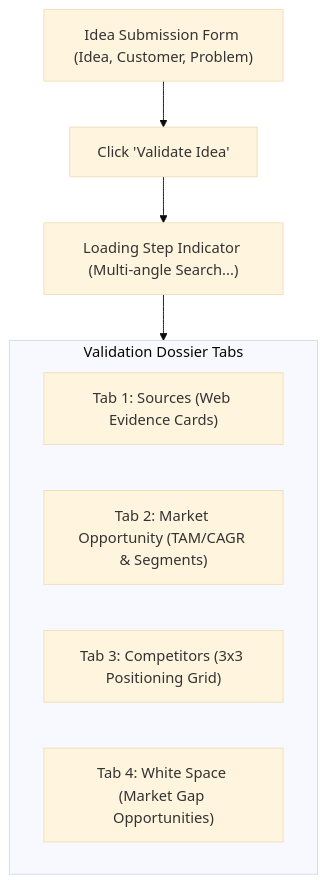
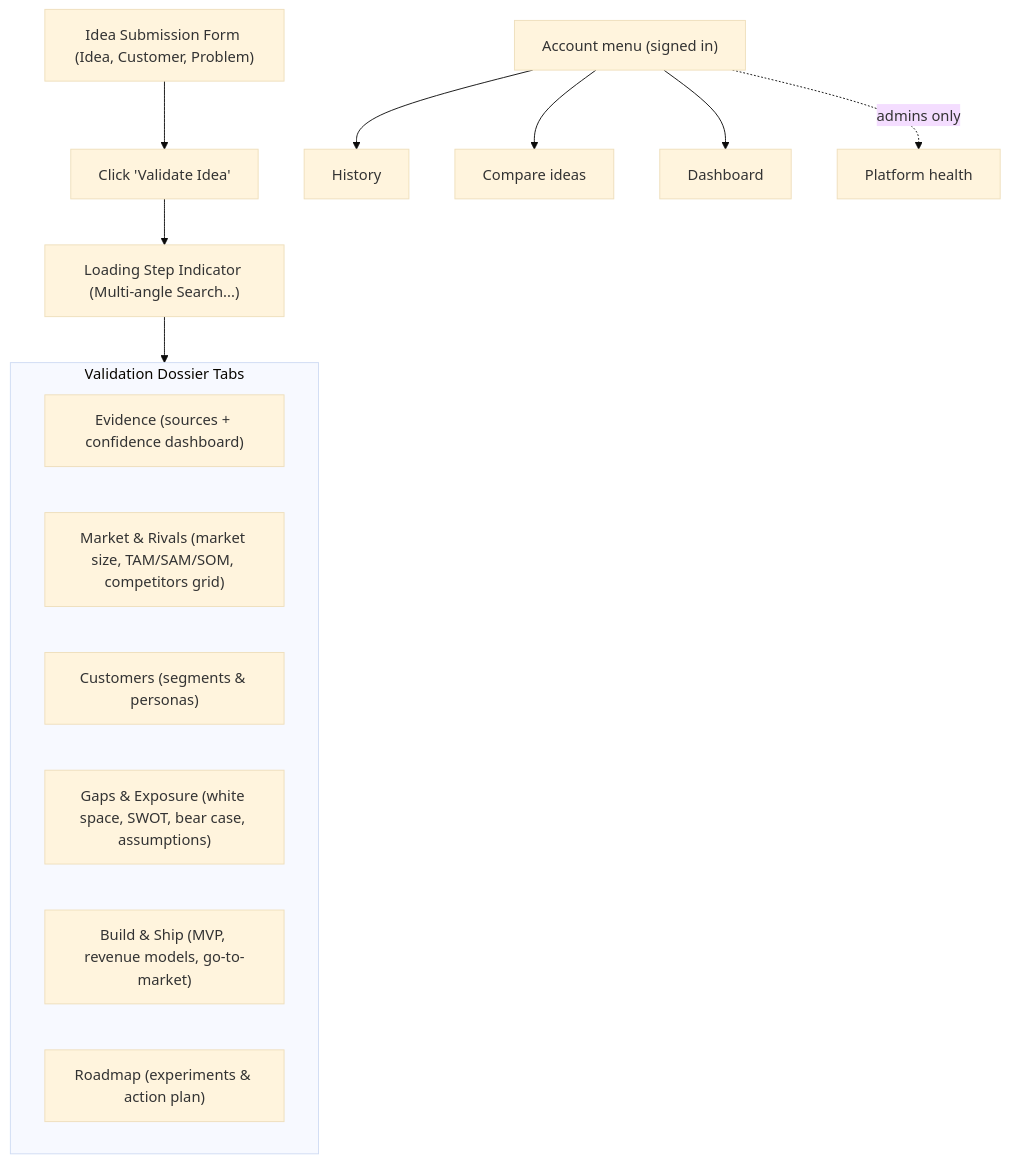
One commit to Yasaswini-ch/Development-of-AI-Based-Startup-Idea-Validator-with-Market-Analysis-Assistance changed the diagram in docs/10_AFFINITY_USER_OPERATIONS_AND_DOSSIER_MANUAL.md. Above: the diagram before and after it, drawn with Mermaid (base theme). The commit also changed other lines of this file and 25 other files, not shown here.

````diff
--- a/docs/10_AFFINITY_USER_OPERATIONS_AND_DOSSIER_MANUAL.md
+++ b/docs/10_AFFINITY_USER_OPERATIONS_AND_DOSSIER_MANUAL.md
@@ -21,13 +21,20 @@
 ```mermaid
 flowchart TD
     Form["Idea Submission Form (Idea, Customer, Problem)"] --> Submit["Click 'Validate Idea'"]
     Submit --> Loader["Loading Step Indicator (Multi-angle Search...)"]
     Loader --> Dossier["Validation Dossier"]
 
     subgraph Dossier["Validation Dossier Tabs"]
-        T1["Tab 1: Sources (Web Evidence Cards)"]
-        T2["Tab 2: Market Opportunity (TAM/CAGR & Segments)"]
-        T3["Tab 3: Competitors (3x3 Positioning Grid)"]
-        T4["Tab 4: White Space (Market Gap Opportunities)"]
+        T1["Evidence (sources + confidence dashboard)"]
+        T2["Market & Rivals (market size, TAM/SAM/SOM, competitors grid)"]
+        T3["Customers (segments & personas)"]
+        T4["Gaps & Exposure (white space, SWOT, bear case, assumptions)"]
+        T5["Build & Ship (MVP, revenue models, go-to-market)"]
+        T6["Roadmap (experiments & action plan)"]
     end
+
+    Account["Account menu (signed in)"] --> History["History"]
+    Account --> Compare["Compare ideas"]
+    Account --> Dash["Dashboard"]
+    Account -.admins only.-> Health["Platform health"]
 ```
````
